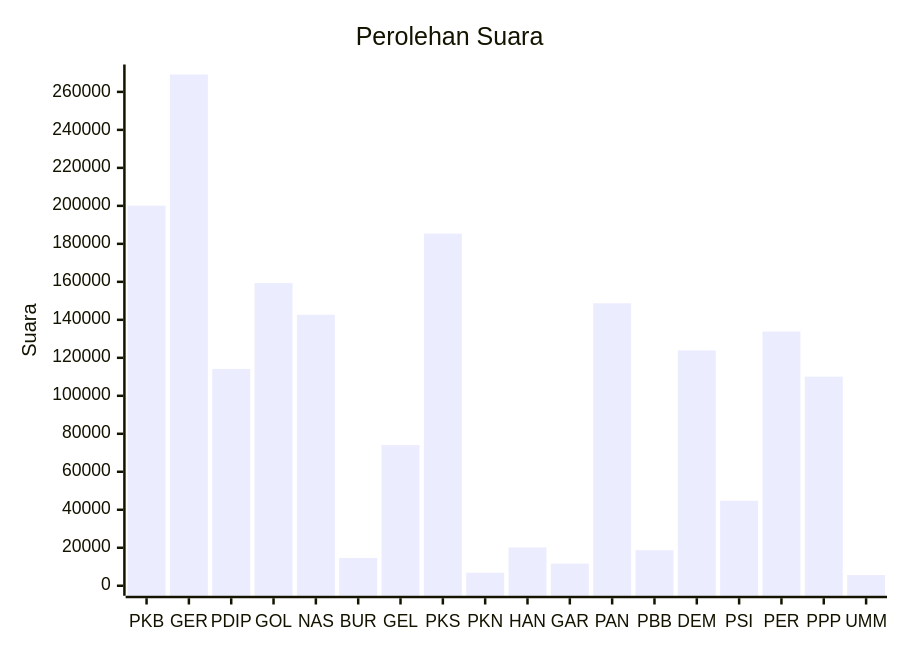
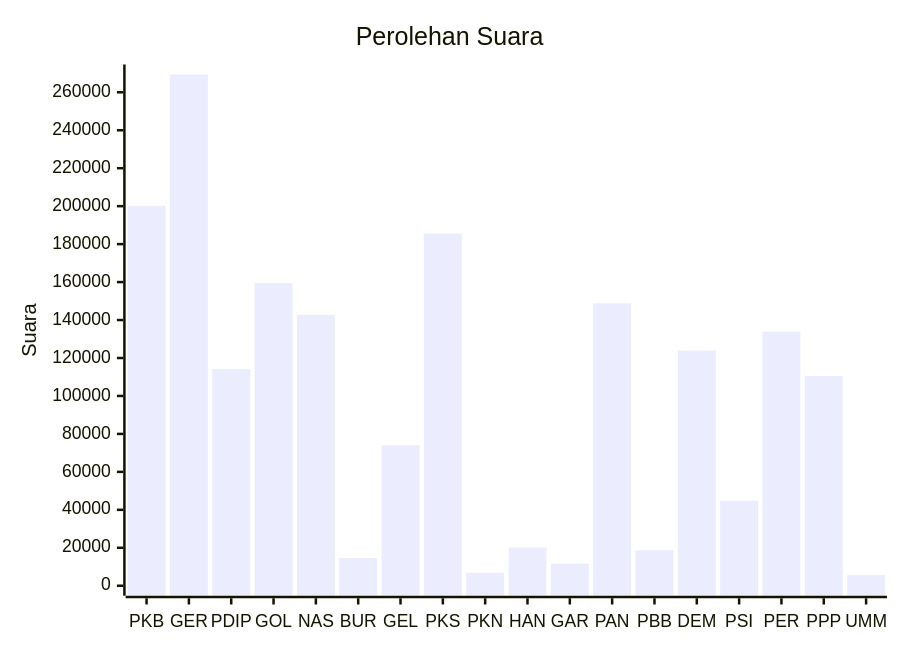
Before and after one commit to gigit-pemilu/pemilu-2024: the diagram in pileg-dpr/hitung-suara/sub/table-wilayah-52.md, drawn with Mermaid. The commit also changed other lines of this file and 22 other files, not shown here.

````diff
--- a/pileg-dpr/hitung-suara/sub/table-wilayah-52.md
+++ b/pileg-dpr/hitung-suara/sub/table-wilayah-52.md
@@ -7,7 +7,7 @@
 ```mermaid
 xychart-beta
     title "Perolehan Suara"
     x-axis [PKB, GER, PDIP, GOL, NAS, BUR, GEL, PKS, PKN, HAN, GAR, PAN, PBB, DEM, PSI, PER, PPP, UMM]
-    y-axis "Suara" 0 --> 269152
-    bar [200124, 269152, 114134, 159392, 142653, 14636, 74021, 185406, 6866, 20162, 11651, 148693, 18737, 123920, 44740, 133841, 110106, 5624]
+    y-axis "Suara" 0 --> 269373
+    bar [200212, 269373, 114169, 159497, 142691, 14644, 74051, 185558, 6869, 20176, 11659, 148824, 18740, 123958, 44749, 133888, 110532, 5627]
 ```
````
